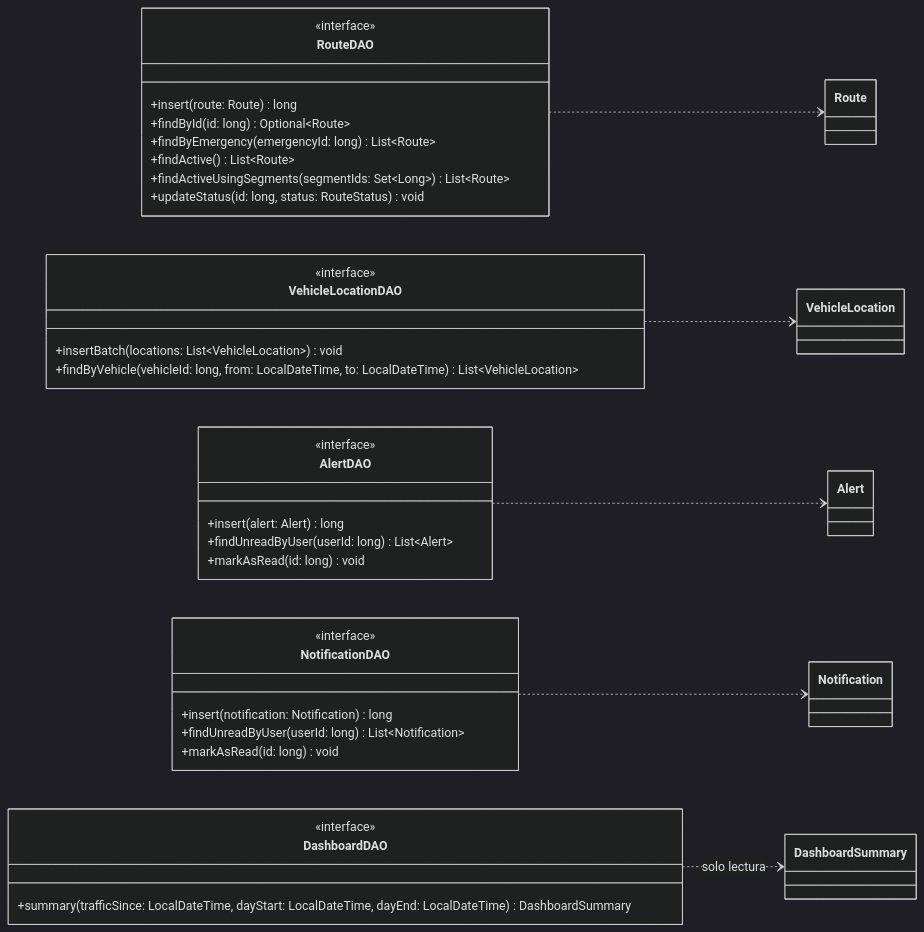
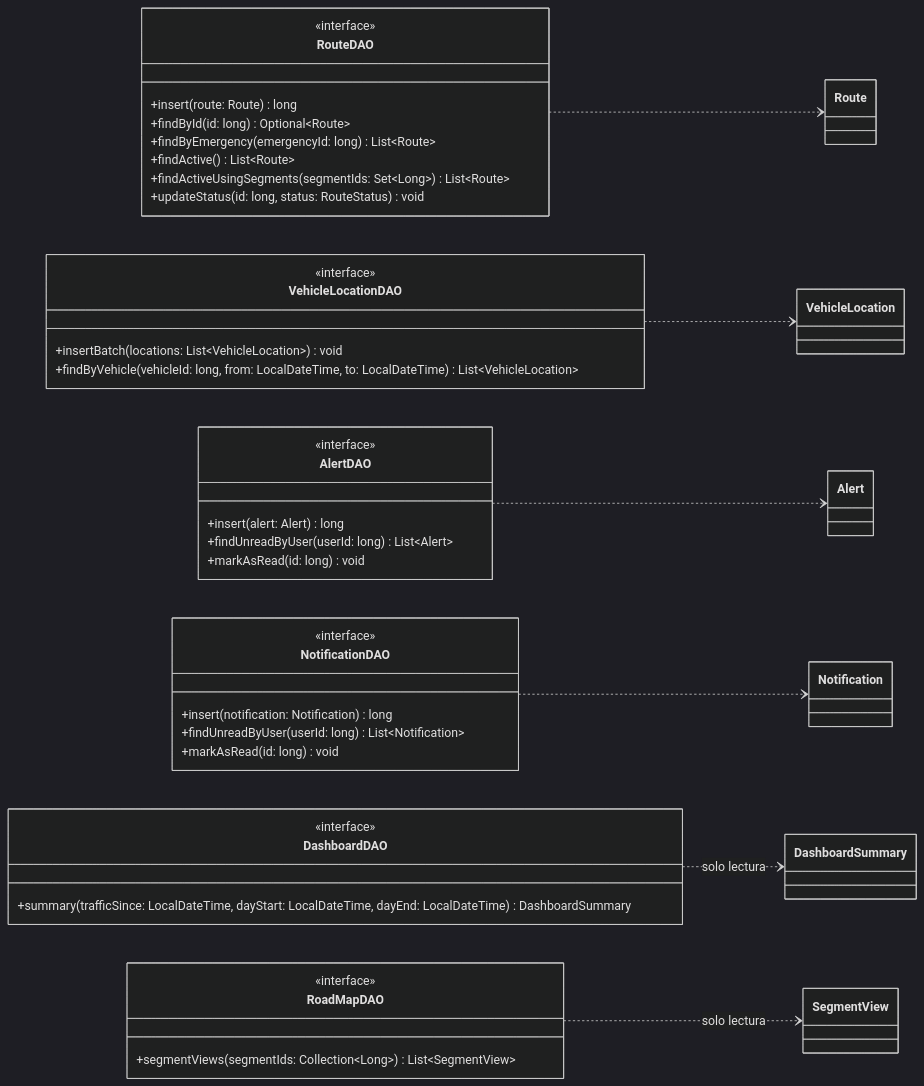
One commit to afzabaleta/RutaVida changed diagram 13 of 24 in docs/class-diagram.md. Above: the diagram before and after it, drawn with Mermaid (dark theme). The commit also changed other lines of this file and 11 other files, not shown here.

Commit message:
feature: add-road-map-views

````diff
--- a/docs/class-diagram.md
+++ b/docs/class-diagram.md
@@ -777,53 +777,60 @@
 ```mermaid
 ---
 config:
   markdownAutoWrap: false
 ---
 classDiagram
     direction LR
 
     class RouteDAO {
         <<interface>>
         +insert(route: Route) long
         +findById(id: long) Optional~Route~
         +findByEmergency(emergencyId: long) List~Route~
         +findActive() List~Route~
         +findActiveUsingSegments(segmentIds: Set~Long~) List~Route~
         +updateStatus(id: long, status: RouteStatus) void
     }
     class VehicleLocationDAO {
         <<interface>>
         +insertBatch(locations: List~VehicleLocation~) void
         +findByVehicle(vehicleId: long, from: LocalDateTime, to: LocalDateTime) List~VehicleLocation~
     }
     class AlertDAO {
         <<interface>>
         +insert(alert: Alert) long
         +findUnreadByUser(userId: long) List~Alert~
         +markAsRead(id: long) void
     }
     class NotificationDAO {
         <<interface>>
         +insert(notification: Notification) long
         +findUnreadByUser(userId: long) List~Notification~
         +markAsRead(id: long) void
     }
     
     class DashboardDAO {
         <<interface>>
         +summary(trafficSince: LocalDateTime, dayStart: LocalDateTime, dayEnd: LocalDateTime) DashboardSummary
     }
     
+    class RoadMapDAO {
+        <<interface>>
+        +segmentViews(segmentIds: Collection~Long~) List~SegmentView~
+    }
+    
     class Route
     class VehicleLocation
     class Alert
     class Notification
     class DashboardSummary
+    class SegmentView
     
 
     RouteDAO ..> Route
     VehicleLocationDAO ..> VehicleLocation
     AlertDAO ..> Alert
     NotificationDAO ..> Notification
     DashboardDAO ..> DashboardSummary : solo lectura
+    RoadMapDAO ..> SegmentView : solo lectura
 ```
````
